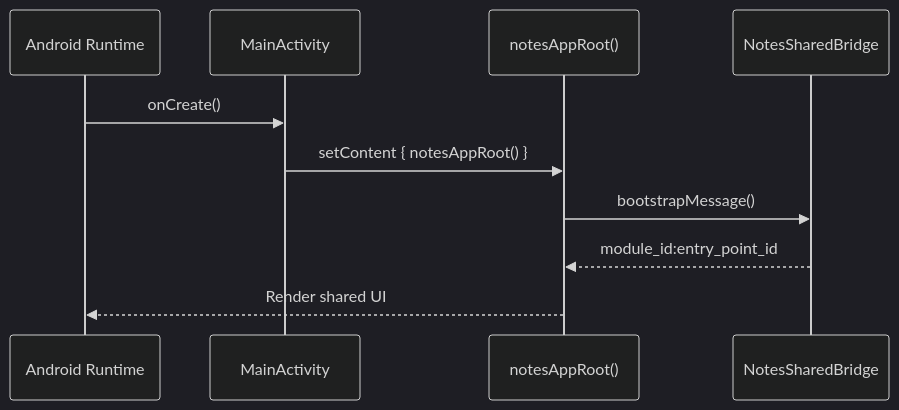
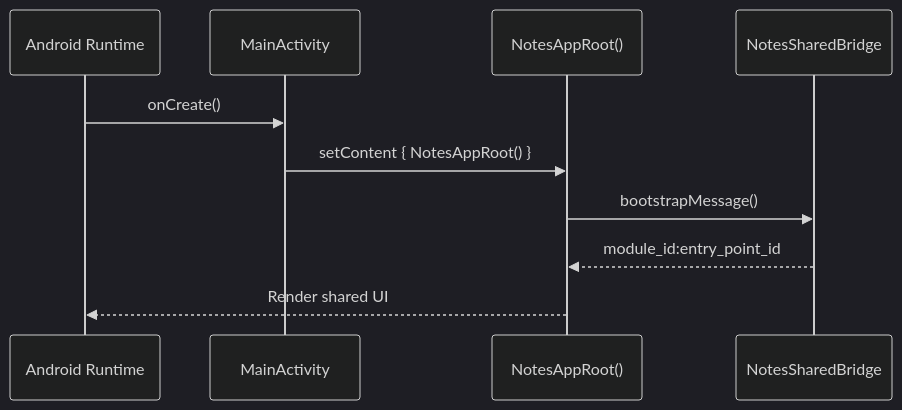
One commit to TheSetox/note changed the second of 2 diagrams in androidApp/ARCHITECTURE.md. Above: the diagram before and after it, drawn with Mermaid (dark theme). The commit also changed other lines of this file and 29 other files, not shown here.

````diff
--- a/androidApp/ARCHITECTURE.md
+++ b/androidApp/ARCHITECTURE.md
@@ -26,13 +26,13 @@
 ```mermaid
 sequenceDiagram
   participant Android as Android Runtime
   participant Activity as MainActivity
-  participant Compose as notesAppRoot()
+  participant Compose as NotesAppRoot()
   participant Bridge as NotesSharedBridge
 
   Android->>Activity: onCreate()
-  Activity->>Compose: setContent { notesAppRoot() }
+  Activity->>Compose: setContent { NotesAppRoot() }
   Compose->>Bridge: bootstrapMessage()
   Bridge-->>Compose: module_id:entry_point_id
   Compose-->>Android: Render shared UI
 ```
````
